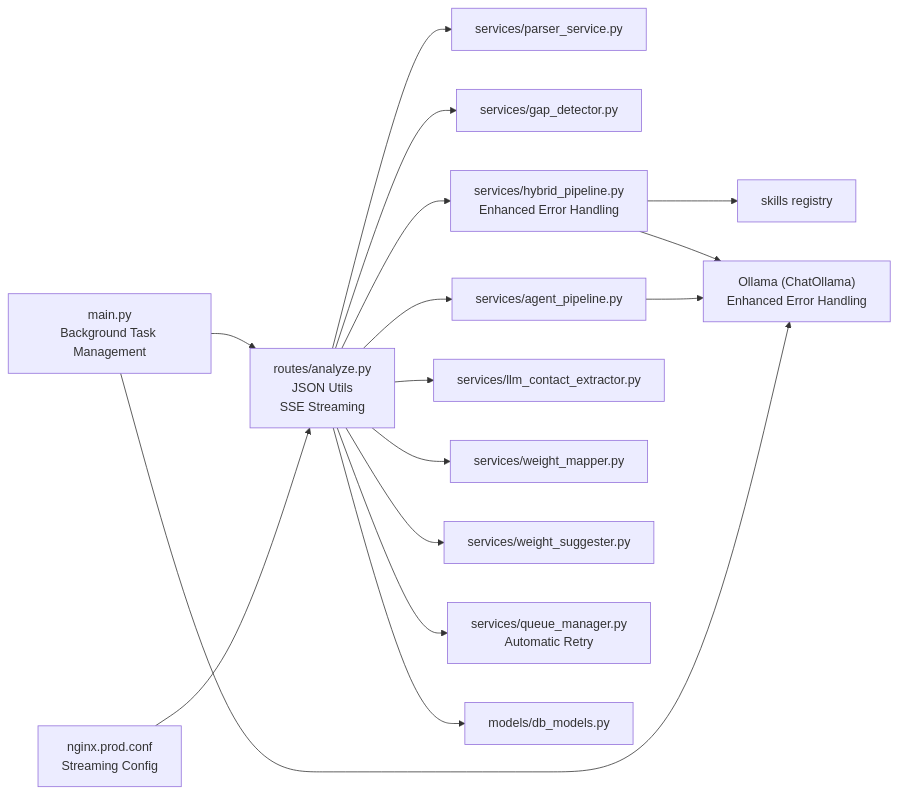
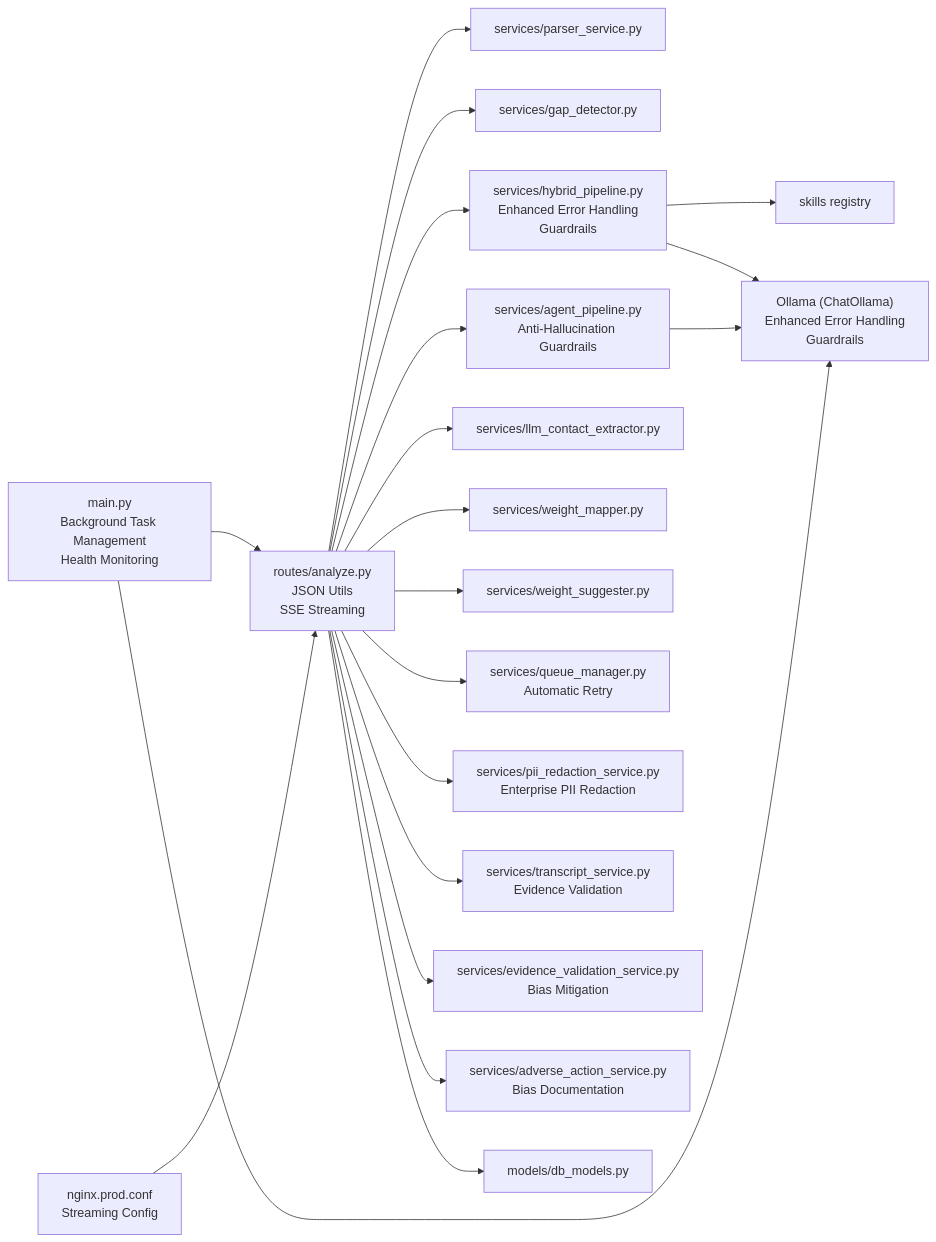
One commit to Revanththetalogics/aireume changed diagram 27 of 27 in .qoder/repowiki/en/content/Analysis Engine/Analysis Engine.md. Above: the diagram before and after it, drawn with Mermaid. The commit also changed other lines of this file and 15 other files, not shown here.

````diff
--- a/.qoder/repowiki/en/content/Analysis Engine/Analysis Engine.md
+++ b/.qoder/repowiki/en/content/Analysis Engine/Analysis Engine.md
@@ -1019,18 +1305,22 @@
 ```mermaid
 graph LR
 Route["routes/analyze.py<br/>JSON Utils<br/>SSE Streaming"] --> Parser["services/parser_service.py"]
 Route --> Gap["services/gap_detector.py"]
-Route --> Hybrid["services/hybrid_pipeline.py<br/>Enhanced Error Handling"]
-Route --> Agent["services/agent_pipeline.py"]
+Route --> Hybrid["services/hybrid_pipeline.py<br/>Enhanced Error Handling<br/>Guardrails"]
+Route --> Agent["services/agent_pipeline.py<br/>Anti-Hallucination Guardrails"]
 Route --> Contact["services/llm_contact_extractor.py"]
 Route --> WeightMapper["services/weight_mapper.py"]
 Route --> WeightSuggester["services/weight_suggester.py"]
 Route --> QueueManager["services/queue_manager.py<br/>Automatic Retry"]
+Route --> PII["services/pii_redaction_service.py<br/>Enterprise PII Redaction"]
+Route --> Transcript["services/transcript_service.py<br/>Evidence Validation"]
+Route --> Evidence["services/evidence_validation_service.py<br/>Bias Mitigation"]
+Route --> Adverse["services/adverse_action_service.py<br/>Bias Documentation"]
 Hybrid --> Skills["skills registry"]
-Hybrid --> Ollama["Ollama (ChatOllama)<br/>Enhanced Error Handling"]
+Hybrid --> Ollama["Ollama (ChatOllama)<br/>Enhanced Error Handling<br/>Guardrails"]
 Agent --> Ollama
 Route --> Models["models/db_models.py"]
-Main["main.py<br/>Background Task Management"] --> Route
+Main["main.py<br/>Background Task Management<br/>Health Monitoring"] --> Route
 Main --> Ollama
 Nginx["nginx.prod.conf<br/>Streaming Config"] --> Route
 ```
````
